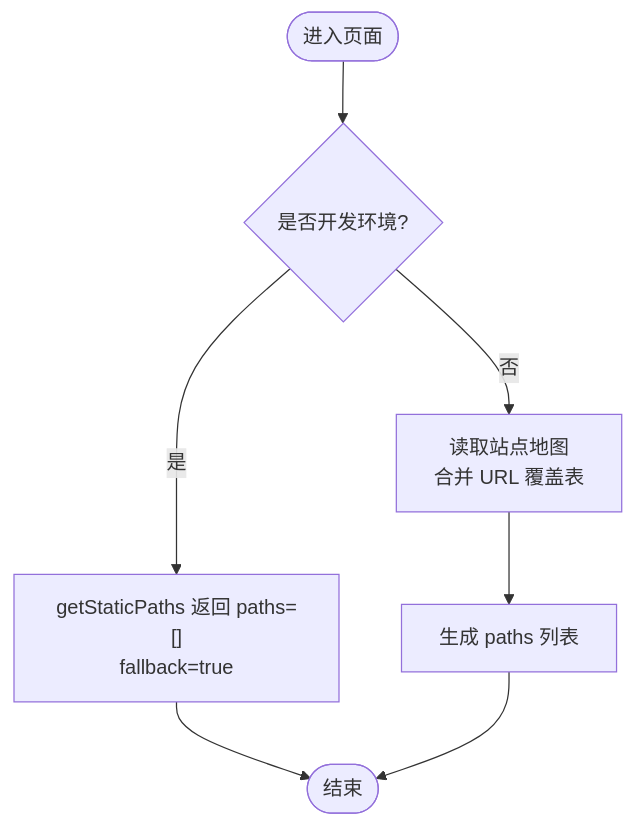
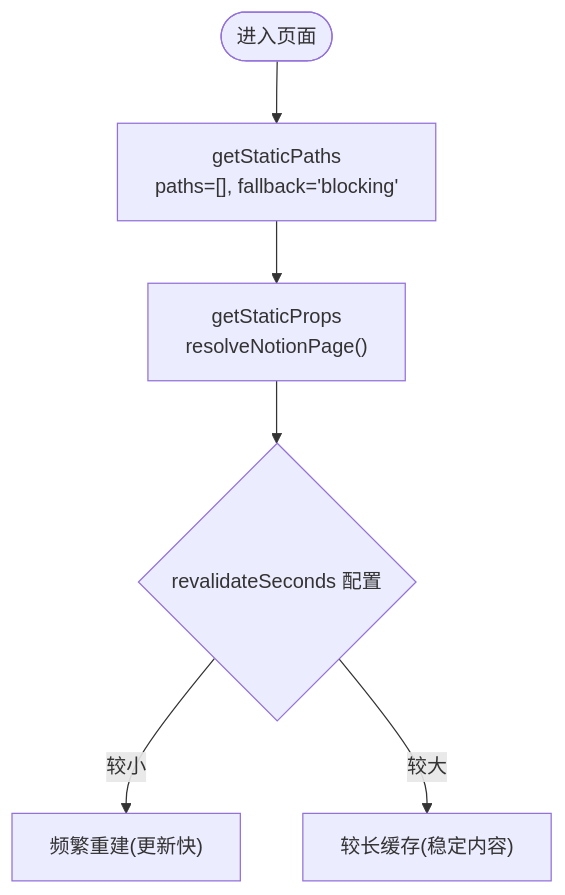
Before and after one commit to PhysicalMouse/nextjs-notion-starter-kit: the third of 9 diagrams in .qoder/repowiki/zh/content/性能优化/性能优化.md, drawn with Mermaid. The commit also changed other lines of this file and 186 other files, not shown here.

````diff
--- a/.qoder/repowiki/zh/content/性能优化/性能优化.md
+++ b/.qoder/repowiki/zh/content/性能优化/性能优化.md
@@ -176,9 +160,8 @@
 ```mermaid
 flowchart TD
-Start(["进入页面"]) --> CheckDev{"是否开发环境?"}
-CheckDev --> |是| FallbackTrue["getStaticPaths 返回 paths=[]<br/>fallback=true"]
-CheckDev --> |否| BuildPaths["读取站点地图<br/>合并 URL 覆盖表"]
-BuildPaths --> Paths["生成 paths 列表"]
-FallbackTrue --> End(["结束"])
-Paths --> End
+Start(["进入页面"]) --> Paths["getStaticPaths<br/>paths=[], fallback='blocking'"]
+Paths --> Props["getStaticProps<br/>resolveNotionPage()"]
+Props --> Revalidate{"revalidateSeconds 配置"}
+Revalidate --> |较小| Frequent["频繁重建(更新快)"]
+Revalidate --> |较大| Stale["较长缓存(稳定内容)"]
 ```
````
